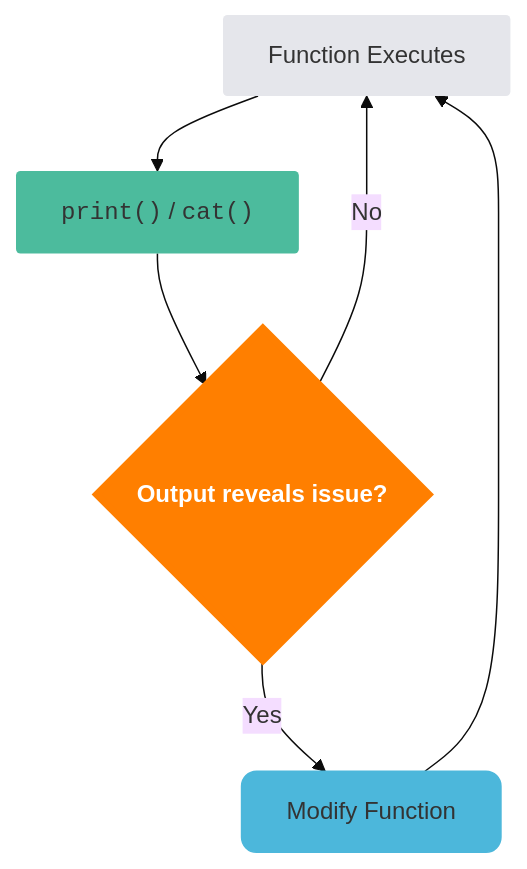
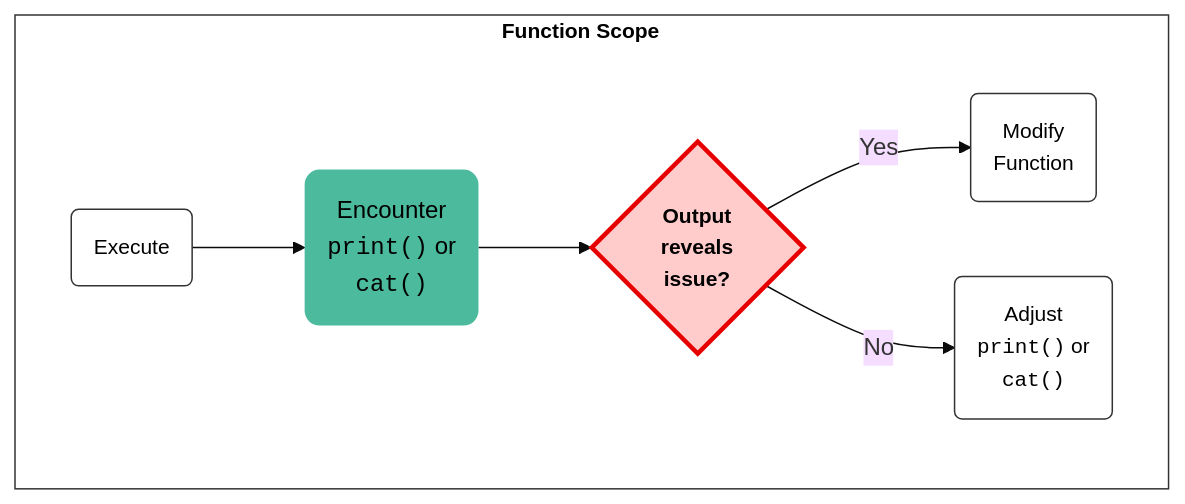
One commit to mjfrigaard/shiny-app-pkgs changed the first of 2 diagrams in debug_print.qmd. Above: the diagram before and after it, drawn with Mermaid. The commit also changed other lines of this file and 35 other files, not shown here.

Commit message:
updates to print debugging

````diff
--- a/debug_print.qmd
+++ b/debug_print.qmd
@@ -99,18 +69,20 @@
 ```{mermaid}
 %%| label: print_statement
-%%| fig-width: 5
-%%| fig-height: 6
 %%| fig-align: center
+%%| fig-cap: 'Print debugging with `print()` or `cat()`'
 %%{init: {'theme': 'base', 'themeVariables': { 'fontFamily': 'monospace'}}}%%
 flowchart TD
-    Start["Function Executes"] --> Print["<code>print()</code> / <code>cat()</code>"]
-    Print --> Issue{"<strong>Output reveals issue?</strong>"}
-    Issue -- Yes --> Mod[Modify Function]
-    Mod --> Start
-    Issue -- No --> Start
-
-style Start fill:#E5E6EB,stroke:none,rx:3,ry:3
-style Print fill:#4CBB9D,stroke:none,rx:3,ry:3
-style Issue fill:#FF7F00,stroke:#FF7F00,stroke-width:5px,color:#FFFFFF
-style Mod fill:#4CB7DB,stroke:#4CB7DB,rx:10,ry:10
+    subgraph FunctionScope [<strong>Function Scope</strong>]
+    style FunctionScope fill:#FFF,color:#000,stroke:#333,font-size:14px
+        Print("Encounter<br><code>print()</code> or<br><code>cat()</code>")
+        style Print fill:#4CBB9D,stroke:none,color:#000,rx:10,ry:10
+        Start("Execute") --> Print("Encounter<br><code>print()</code> or<br><code>cat()</code>")
+        style Start fill:#FFF,stroke:#333,stroke-width:1px,color:#000,font-size:14px
+        Print --> Issue{"<strong>Output<br>reveals<br>issue?</strong>"}
+        style Issue fill:#ffcccb,stroke:#e60000,stroke-width:3px,color:#000,font-size:14px
+        Issue -- Yes --> Mod("Modify<br>Function")
+        style Mod fill:#FFF,stroke:#333,stroke-width:1px,color:#000,font-size:14px
+        Issue -- No --> Debug("Adjust<br><code>print()</code> or<br><code>cat()</code>")
+        style Debug fill:#FFF,stroke:#333,stroke-width:1px,color:#000,font-size:14px
+    end
 ```
````
